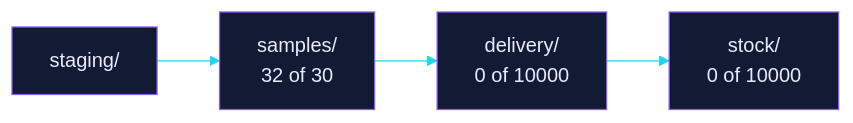
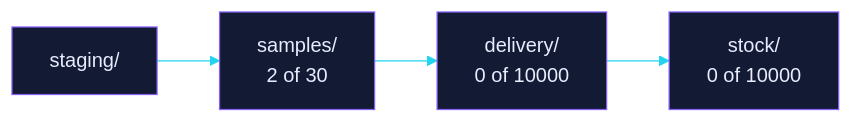
The second of 2 diagrams in README.md (EtharaOrion/kara-samples), drawn with Mermaid before and after one commit. The commit also changed other lines of this file and 2 other files, not shown here.

````diff
--- a/README.md
+++ b/README.md
@@ -134,8 +74,8 @@
 ```mermaid
 %%{init: {"theme":"base","themeVariables":{"primaryColor":"#131a33","primaryTextColor":"#e8ecff","primaryBorderColor":"#845EF7","lineColor":"#22d3ee","fontFamily":"monospace"}}}%%
 flowchart LR
     staging["staging/"]
-    staging --> samples["samples/<br/>32 of 30"]
+    staging --> samples["samples/<br/>2 of 30"]
     samples --> delivery["delivery/<br/>0 of 10000"]
     delivery --> stock["stock/<br/>0 of 10000"]
 ```
````
